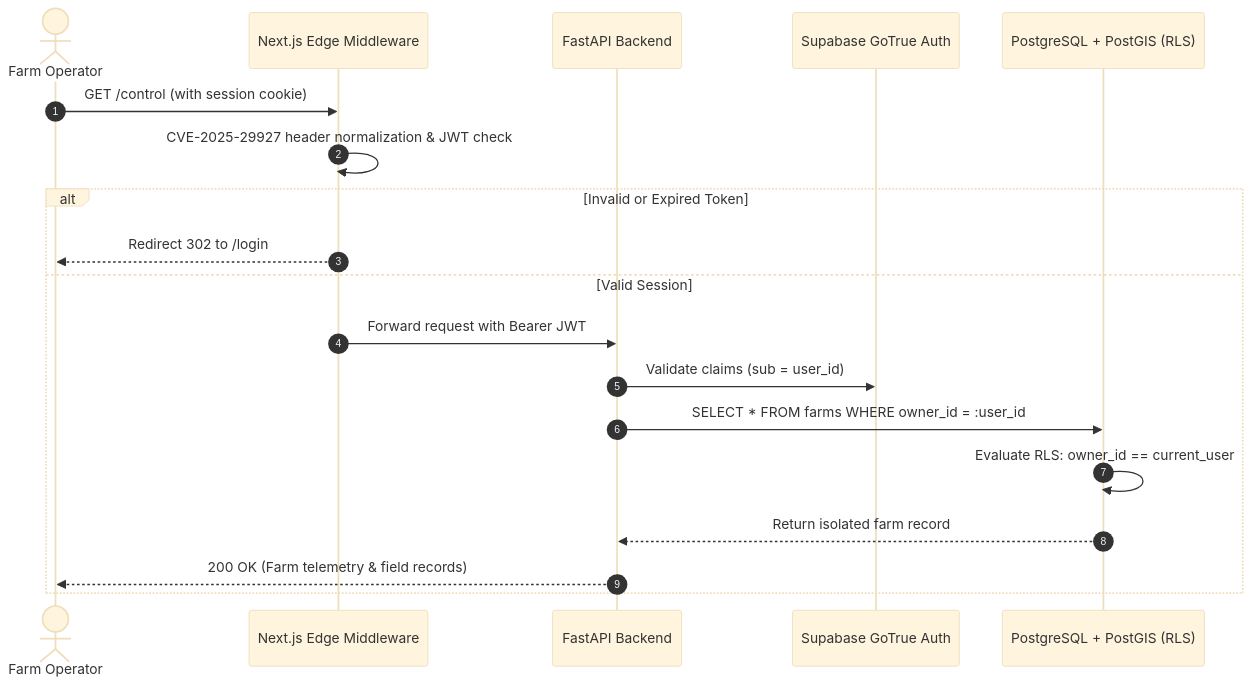
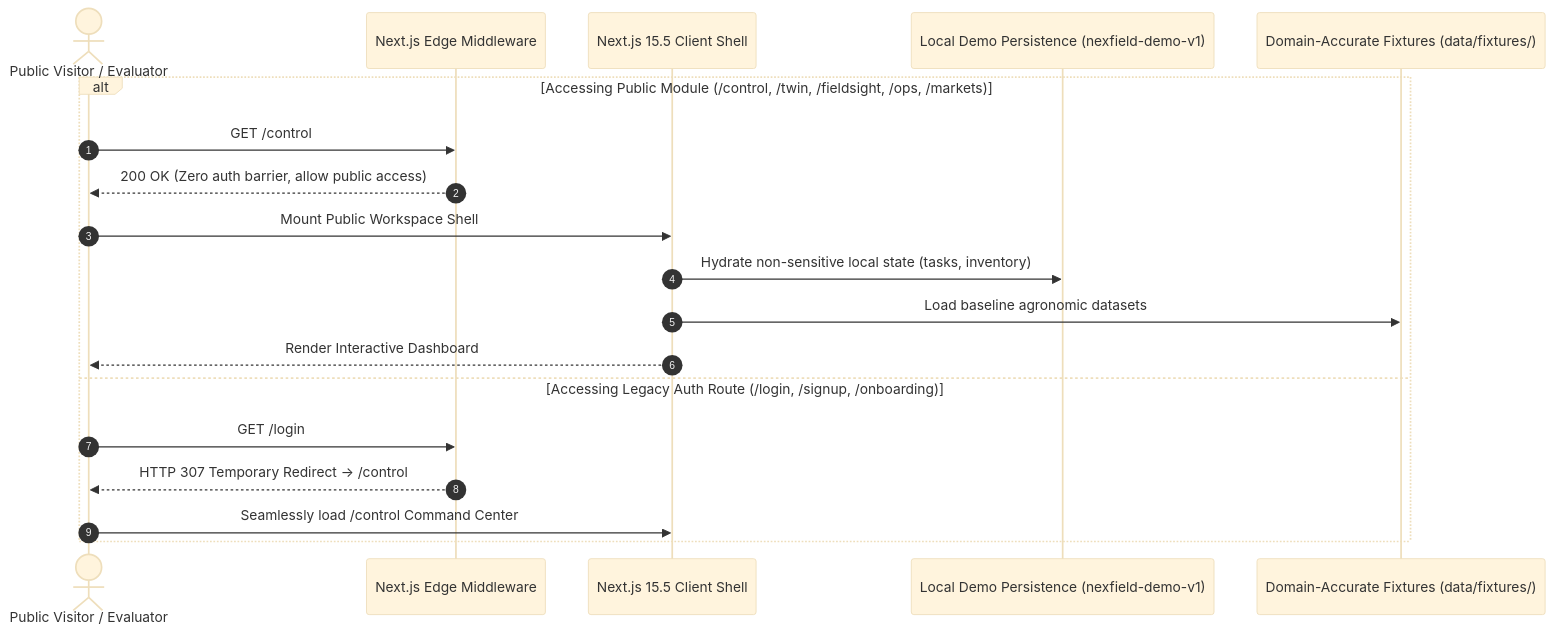
The third of 6 diagrams in README.md (TanishBane/Nexfield), drawn with Mermaid (base theme) before and after one commit. The commit also changed other lines of this file and 45 other files, not shown here.

Commit message:
chore(demo): complete Supabase removal, public zero-login demo transformation, and client persistence

````diff
--- a/README.md
+++ b/README.md
@@ -351,22 +351,22 @@
 ```mermaid
 sequenceDiagram
     autonumber
-    actor Farmer as Farm Operator
+    actor Visitor as Public Visitor / Evaluator
     participant Edge as Next.js Edge Middleware
-    participant API as FastAPI Backend
-    participant Auth as Supabase GoTrue Auth
-    participant DB as PostgreSQL + PostGIS (RLS)
+    participant Client as Next.js 15.5 Client Shell
+    participant Store as Local Demo Persistence (nexfield-demo-v1)
+    participant Fixtures as Domain-Accurate Fixtures (data/fixtures/)
 
-    Farmer->>Edge: GET /control (with session cookie)
-    Edge->>Edge: CVE-2025-29927 header normalization & JWT check
-    alt Invalid or Expired Token
-        Edge-->>Farmer: Redirect 302 to /login
-    else Valid Session
-        Edge->>API: Forward request with Bearer JWT
-        API->>Auth: Validate claims (sub = user_id)
-        API->>DB: SELECT * FROM farms WHERE owner_id = :user_id
-        DB->>DB: Evaluate RLS: owner_id == current_user
-        DB-->>API: Return isolated farm record
-        API-->>Farmer: 200 OK (Farm telemetry & field records)
+    alt Accessing Public Module (/control, /twin, /fieldsight, /ops, /markets)
+        Visitor->>Edge: GET /control
+        Edge-->>Visitor: 200 OK (Zero auth barrier, allow public access)
+        Visitor->>Client: Mount Public Workspace Shell
+        Client->>Store: Hydrate non-sensitive local state (tasks, inventory)
+        Client->>Fixtures: Load baseline agronomic datasets
+        Client-->>Visitor: Render Interactive Dashboard
+    else Accessing Legacy Auth Route (/login, /signup, /onboarding)
+        Visitor->>Edge: GET /login
+        Edge-->>Visitor: HTTP 307 Temporary Redirect -> /control
+        Visitor->>Client: Seamlessly load /control Command Center
     end
 ```
````
